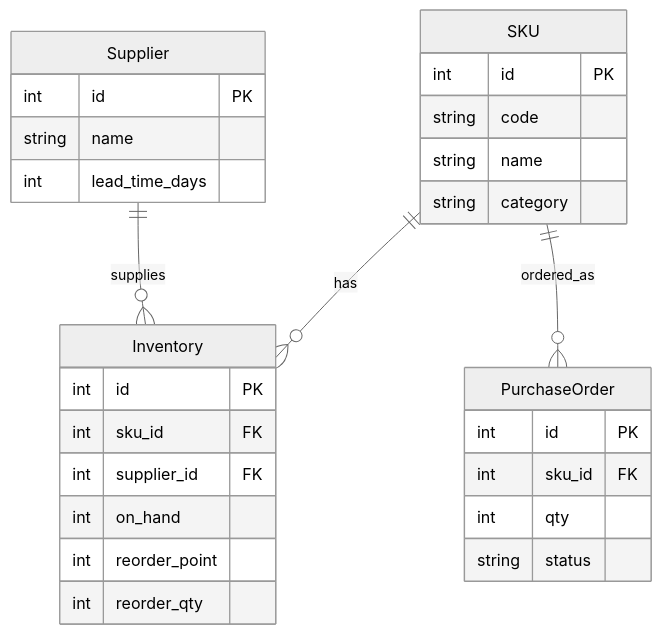
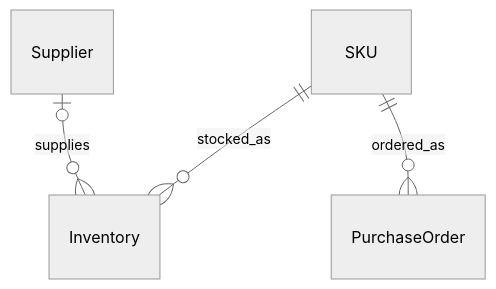
The diagram in README.md (akincenk/Warehouse-AI-Suite-), drawn with Mermaid (neutral theme) before and after one commit. The commit also changed other lines of this file and 1 other file, not shown here.

````diff
--- a/README.md
+++ b/README.md
@@ -53,32 +36,6 @@
 ```mermaid
 erDiagram
-  SKU ||--o{ Inventory : has
-  Supplier ||--o{ Inventory : supplies
+  SKU ||--o{ Inventory : stocked_as
+  Supplier |o--o{ Inventory : supplies
   SKU ||--o{ PurchaseOrder : ordered_as
-
-  SKU {
-    int id PK
-    string code
-    string name
-    string category
-  }
-  Supplier {
-    int id PK
-    string name
-    int lead_time_days
-  }
-  Inventory {
-    int id PK
-    int sku_id FK
-    int supplier_id FK
-    int on_hand
-    int reorder_point
-    int reorder_qty
-  }
-  PurchaseOrder {
-    int id PK
-    int sku_id FK
-    int qty
-    string status
-  }
 ```
````
